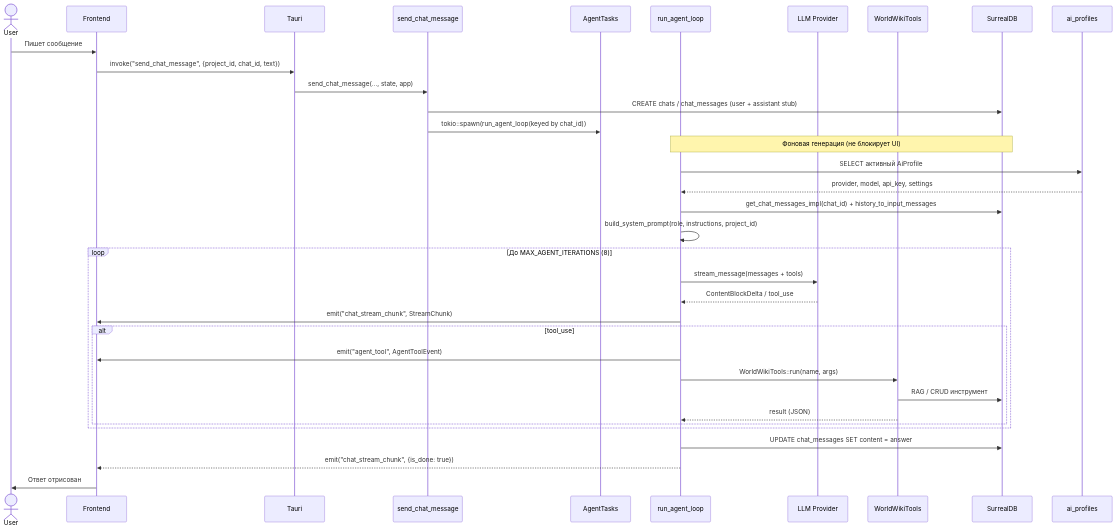
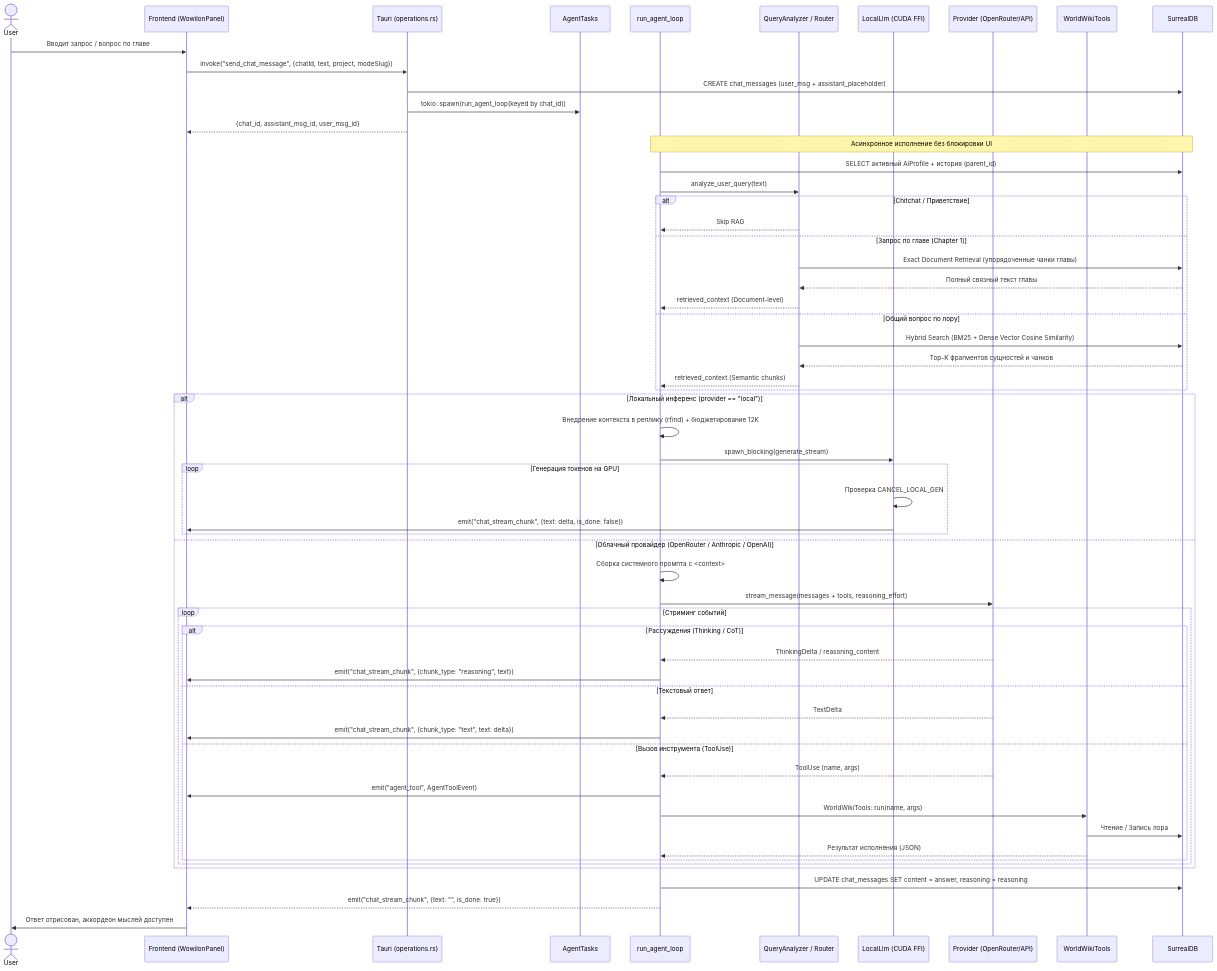
One commit to nagisokyn-prog/WorldWiki changed diagram 17 of 17 in src-tauri/src/README_src.md. Above: the diagram before and after it, drawn with Mermaid. The commit also changed other lines of this file, not shown here.

Commit message:
docs: add README_src.md to document source directory structure

````diff
--- a/src-tauri/src/README_src.md
+++ b/src-tauri/src/README_src.md
@@ -983,41 +1062,66 @@
 ```mermaid
 sequenceDiagram
     actor User
-    participant Frontend
-    participant Tauri
-    participant Send as send_chat_message
+    participant Frontend as Frontend (WowilonPanel)
+    participant Tauri as Tauri (operations.rs)
     participant Tasks as AgentTasks
     participant Runner as run_agent_loop
-    participant Provider as LLM Provider
+    participant QA as QueryAnalyzer / Router
+    participant LocalLLM as LocalLlm (CUDA FFI)
+    participant CloudLLM as Provider (OpenRouter/API)
     participant Tools as WorldWikiTools
     participant DB as SurrealDB
-    participant Profile as ai_profiles
 
-    User->>Frontend: Пишет сообщение
-    Frontend->>Tauri: invoke("send_chat_message", {project_id, chat_id, text})
-    Tauri->>Send: send_chat_message(..., state, app)
-    Send->>DB: CREATE chats / chat_messages (user + assistant stub)
-    Send->>Tasks: tokio::spawn(run_agent_loop(keyed by chat_id))
-    Note over Runner,DB: Фоновая генерация (не блокирует UI)
+    User->>Frontend: Вводит запрос / вопрос по главе
+    Frontend->>Tauri: invoke("send_chat_message", {chatId, text, project, modeSlug})
+    Tauri->>DB: CREATE chat_messages (user_msg + assistant_placeholder)
+    Tauri->>Tasks: tokio::spawn(run_agent_loop(keyed by chat_id))
+    Tauri-->>Frontend: {chat_id, assistant_msg_id, user_msg_id}
+    Note over Runner,DB: Асинхронное исполнение без блокировки UI
 
-    Runner->>Profile: SELECT активный AiProfile
-    Profile-->>Runner: provider, model, api_key, settings
-    Runner->>DB: get_chat_messages_impl(chat_id) + history_to_input_messages
-    Runner->>Runner: build_system_prompt(role, instructions, project_id)
+    Runner->>DB: SELECT активный AiProfile + история (parent_id)
+    Runner->>QA: analyze_user_query(text)
+    
+    alt Chitchat / Приветствие
+        QA-->>Runner: Skip RAG
+    else Запрос по главе (Chapter 1)
+        QA->>DB: Exact Document Retrieval (упорядоченные чанки главы)
+        DB-->>QA: Полный связный текст главы
+        QA-->>Runner: retrieved_context (Document-level)
+    else Общий вопрос по лору
+        QA->>DB: Hybrid Search (BM25 + Dense Vector Cosine Similarity)
+        DB-->>QA: Top-K фрагментов сущностей и чанков
+        QA-->>Runner: retrieved_context (Semantic chunks)
+    end
 
-    loop До MAX_AGENT_ITERATIONS (8)
-        Runner->>Provider: stream_message(messages + tools)
-        Provider-->>Runner: ContentBlockDelta / tool_use
-        Runner->>Frontend: emit("chat_stream_chunk", StreamChunk)
-        alt tool_use
-            Runner->>Frontend: emit("agent_tool", AgentToolEvent)
-            Runner->>Tools: WorldWikiTools::run(name, args)
-            Tools->>DB: RAG / CRUD инструмент
-            Tools-->>Runner: result (JSON)
+    alt Локальный инференс (provider == "local")
+        Runner->>Runner: Внедрение контекста в реплику (rfind) + бюджетирование 12K
+        Runner->>LocalLLM: spawn_blocking(generate_stream)
+        loop Генерация токенов на GPU
+            LocalLLM->>LocalLLM: Проверка CANCEL_LOCAL_GEN
+            LocalLLM->>Frontend: emit("chat_stream_chunk", {text: delta, is_done: false})
+        end
+    else Облачный провайдер (OpenRouter / Anthropic / OpenAI)
+        Runner->>Runner: Сборка системного промпта с <context>
+        Runner->>CloudLLM: stream_message(messages + tools, reasoning_effort)
+        loop Стриминг событий
+            alt Рассуждения (Thinking / CoT)
+                CloudLLM-->>Runner: ThinkingDelta / reasoning_content
+                Runner->>Frontend: emit("chat_stream_chunk", {chunk_type: "reasoning", text})
+            else Текстовый ответ
+                CloudLLM-->>Runner: TextDelta
+                Runner->>Frontend: emit("chat_stream_chunk", {chunk_type: "text", text: delta})
+            else Вызов инструмента (ToolUse)
+                CloudLLM-->>Runner: ToolUse (name, args)
+                Runner->>Frontend: emit("agent_tool", AgentToolEvent)
+                Runner->>Tools: WorldWikiTools::run(name, args)
+                Tools->>DB: Чтение / Запись лора
+                Tools-->>Runner: Результат исполнения (JSON)
+            end
         end
     end
 
-    Runner->>DB: UPDATE chat_messages SET content = answer
-    Runner-->>Frontend: emit("chat_stream_chunk", {is_done: true})
-    Frontend->>User: Ответ отрисован
+    Runner->>DB: UPDATE chat_messages SET content = answer, reasoning = reasoning
+    Runner-->>Frontend: emit("chat_stream_chunk", {text: "", is_done: true})
+    Frontend->>User: Ответ отрисован, аккордеон мыслей доступен
 ```
````
